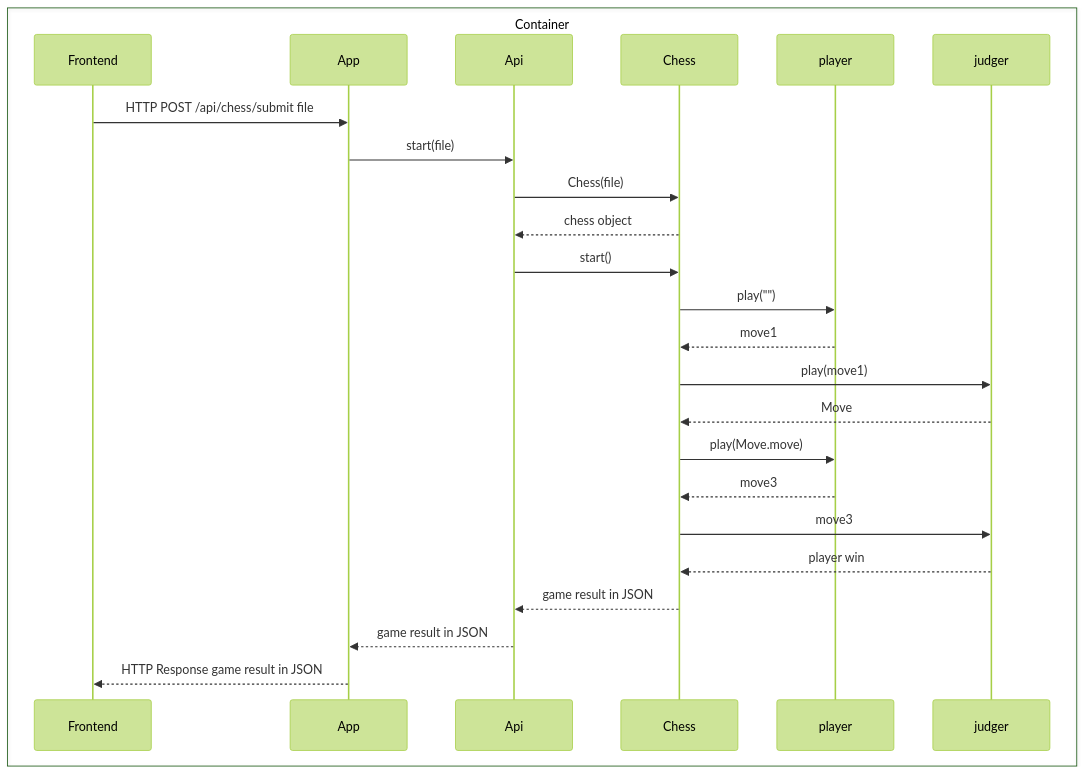
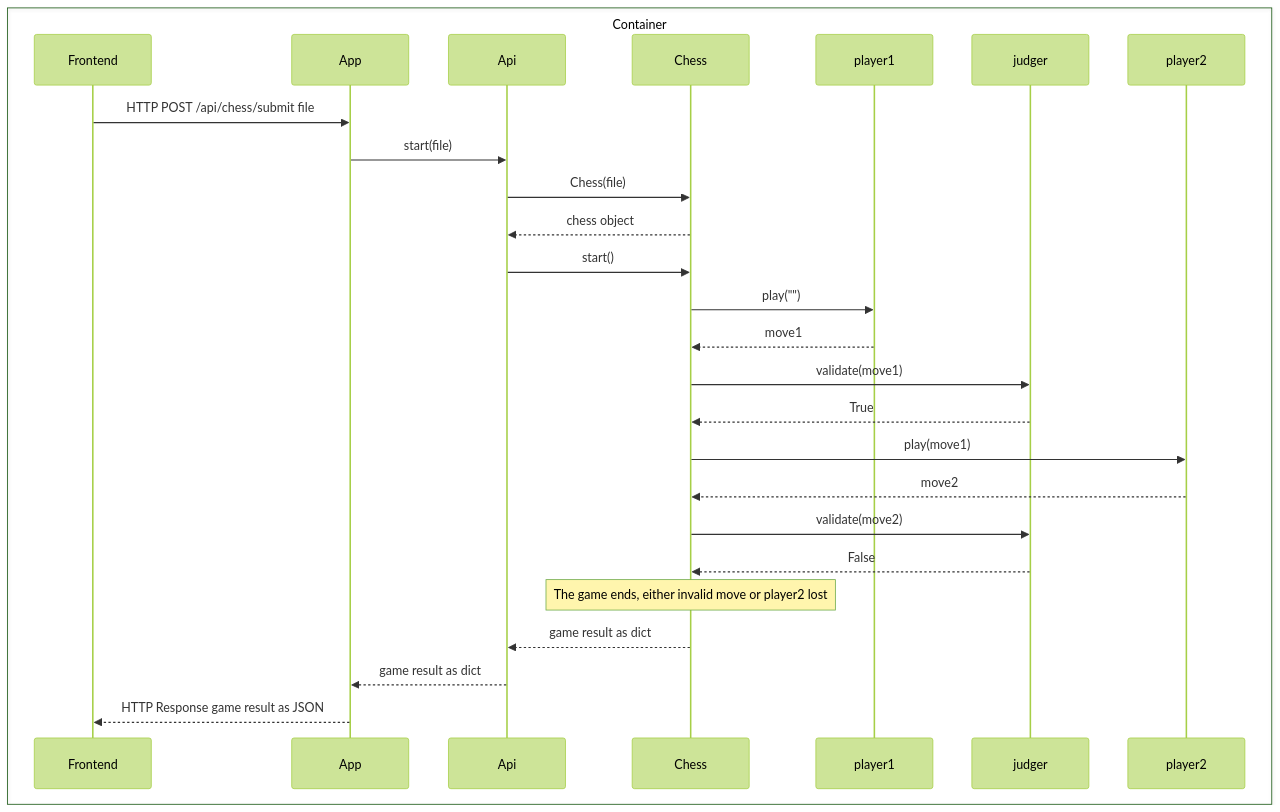
One commit to game-ai-platform-team/tira-ai-platform changed the first of 2 diagrams in docs/architecture.md. Above: the diagram before and after it, drawn with Mermaid (forest theme). The commit also changed other lines of this file, not shown here.

Commit message:
docs(#17): Update architecture.md

````diff
--- a/docs/architecture.md
+++ b/docs/architecture.md
@@ -5,29 +5,38 @@
 ```mermaid
 sequenceDiagram
 
 Frontend ->> App: HTTP POST /api/chess/submit file
+
 App ->> Api: start(file)
 Api ->> Chess: Chess(file)
 Chess -->> Api: chess object
 Api ->> Chess: start()
-Chess ->> player: play("")
-player -->> Chess: move1
-Chess ->> judger: play(move1)
-judger -->> Chess: Move
-Chess ->> player: play(Move.move)
-player -->> Chess: move3
-Chess ->> judger: move3
-judger -->> Chess: player win
-Chess -->> Api: game result in JSON
-Api -->> App: game result in JSON
-App -->> Frontend: HTTP Response game result in JSON
+
+Chess ->> player1: play("")
+player1 -->> Chess: move1
+
+Chess ->> judger: validate(move1)
+judger -->> Chess: True
+
+Chess ->> player2: play(move1)
+player2 -->> Chess: move2
+
+Chess ->> judger: validate(move2)
+judger -->> Chess: False
+Note over Chess: The game ends, either invalid move or player2 lost
+
+Chess -->> Api: game result as dict
+Api -->> App: game result as dict
+
+App -->> Frontend: HTTP Response game result as JSON
 
 box Container
     participant Frontend
     participant App
     participant Api
     participant Chess
-    participant player
+    participant player1
+    participant player2
     participant judger
 end
 ```
````
